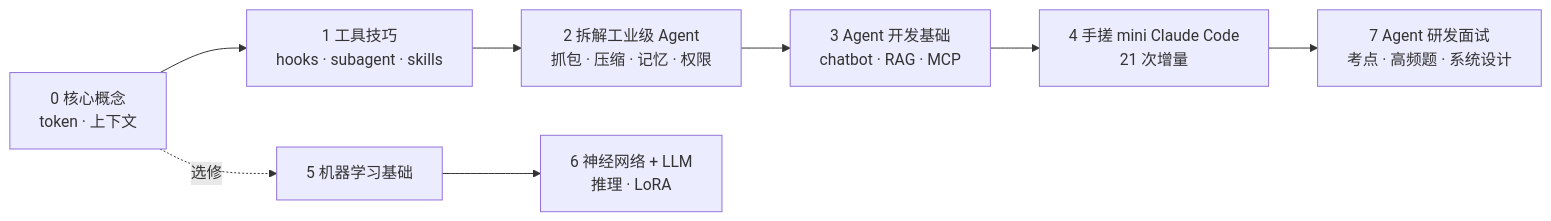
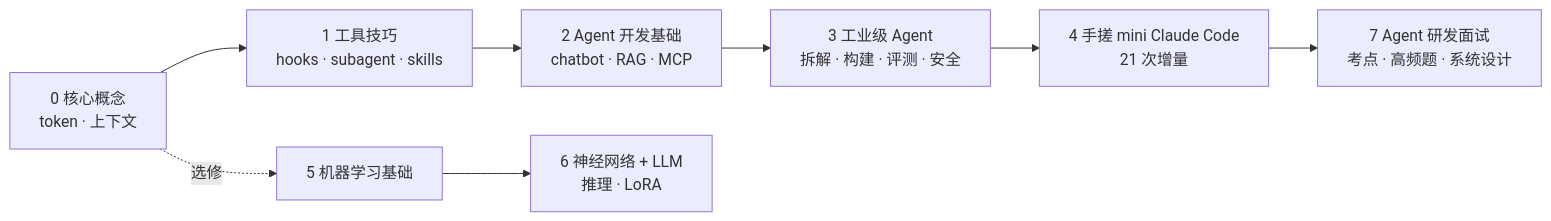
One commit to advence-liz/agent-learning changed the diagram in README.md. Above: the diagram before and after it, drawn with Mermaid. The commit also changed other lines of this file and 19 other files, not shown here.

````diff
--- a/README.md
+++ b/README.md
@@ -12,9 +12,9 @@
 ```mermaid
 flowchart LR
   P0["0 核心概念<br/>token · 上下文"] --> P1["1 工具技巧<br/>hooks · subagent · skills"]
-  P1 --> P2["2 拆解工业级 Agent<br/>抓包 · 压缩 · 记忆 · 权限"]
-  P2 --> P3["3 Agent 开发基础<br/>chatbot · RAG · MCP"]
+  P1 --> P2["2 Agent 开发基础<br/>chatbot · RAG · MCP"]
+  P2 --> P3["3 工业级 Agent<br/>拆解 · 构建 · 评测 · 安全"]
   P3 --> P4["4 手搓 mini Claude Code<br/>21 次增量"]
   P4 --> P7["7 Agent 研发面试<br/>考点 · 高频题 · 系统设计"]
   P0 -.选修.-> P5["5 机器学习基础"] --> P6["6 神经网络 + LLM<br/>推理 · LoRA"]
 ```
````
